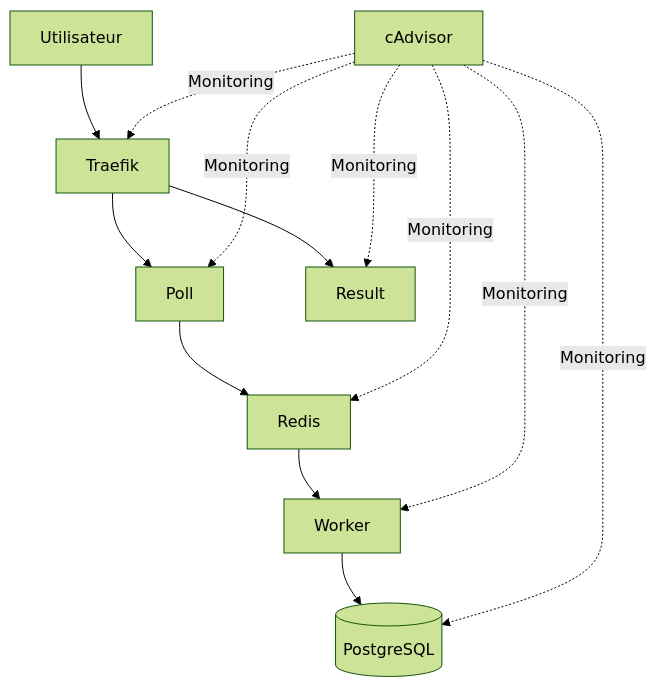
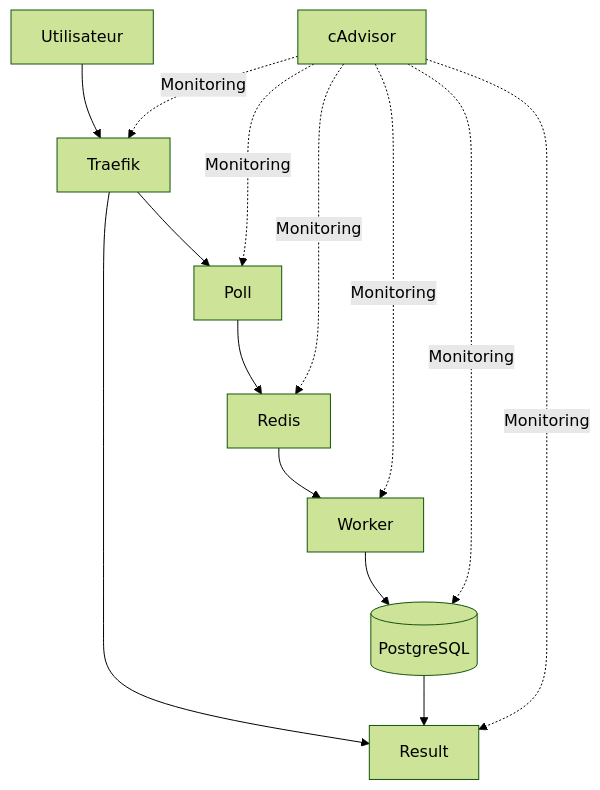
One commit to flora-4/T-DOP-603-MAR_5 changed the diagram in README.md. Above: the diagram before and after it, drawn with Mermaid (forest theme).

Commit message:
doc : Update README with PostgreSQL to Redis link
Add relationship from PostgreSQL to Redis in diagram

````diff
--- a/README.md
+++ b/README.md
@@ -19,20 +19,22 @@
 ```mermaid
 flowchart TD
     U[Utilisateur] --> T[Traefik]
 
     T --> P[Poll]
     T --> R[Result]
 
     P --> REDIS[Redis]
     REDIS --> W[Worker]
     W --> PG[(PostgreSQL)]
 
+    PG -->R    
+
     C[cAdvisor]
 
     C -. Monitoring .-> T
     C -. Monitoring .-> P
     C -. Monitoring .-> R
     C -. Monitoring .-> REDIS
     C -. Monitoring .-> W
     C -. Monitoring .-> PG
 ```
````
